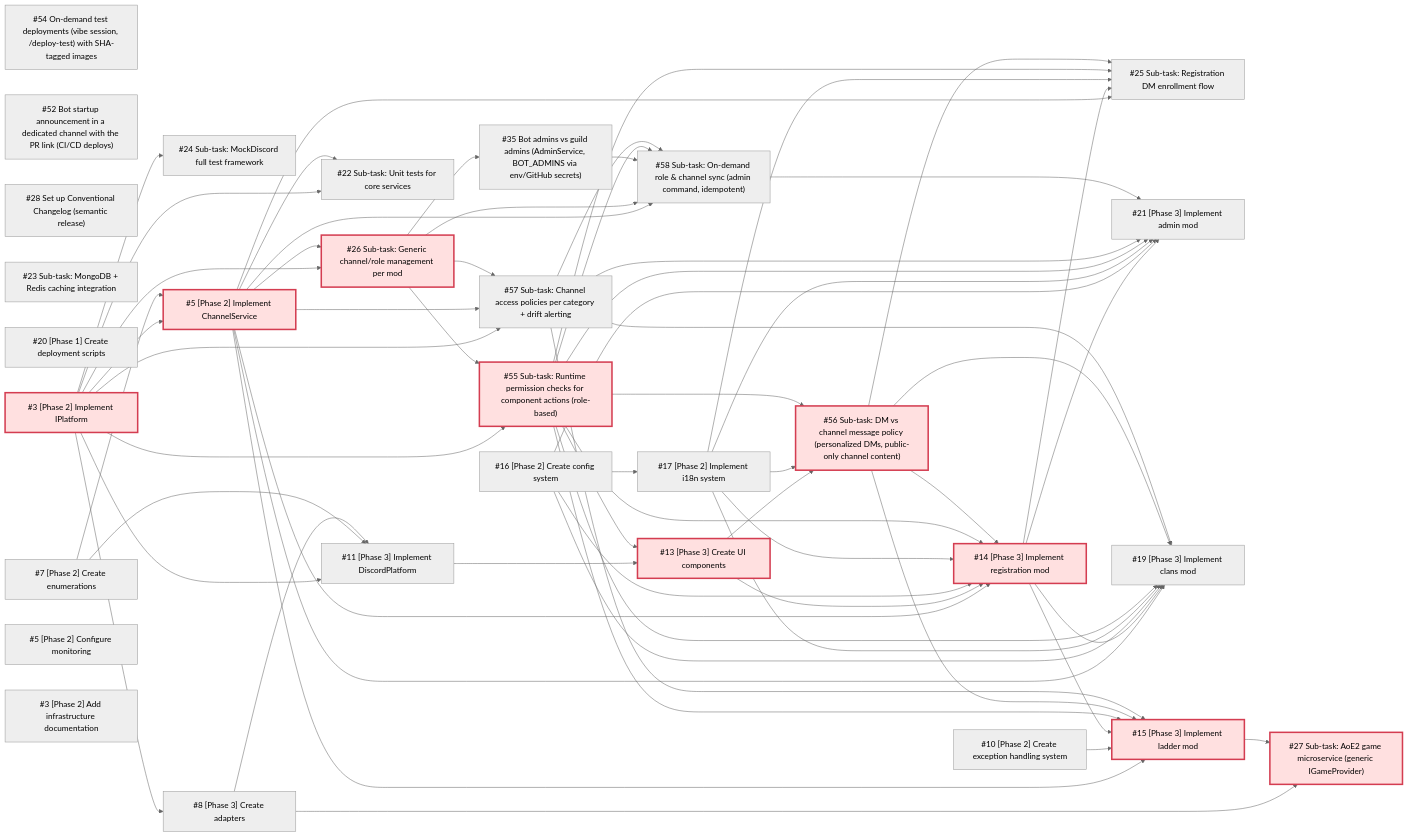
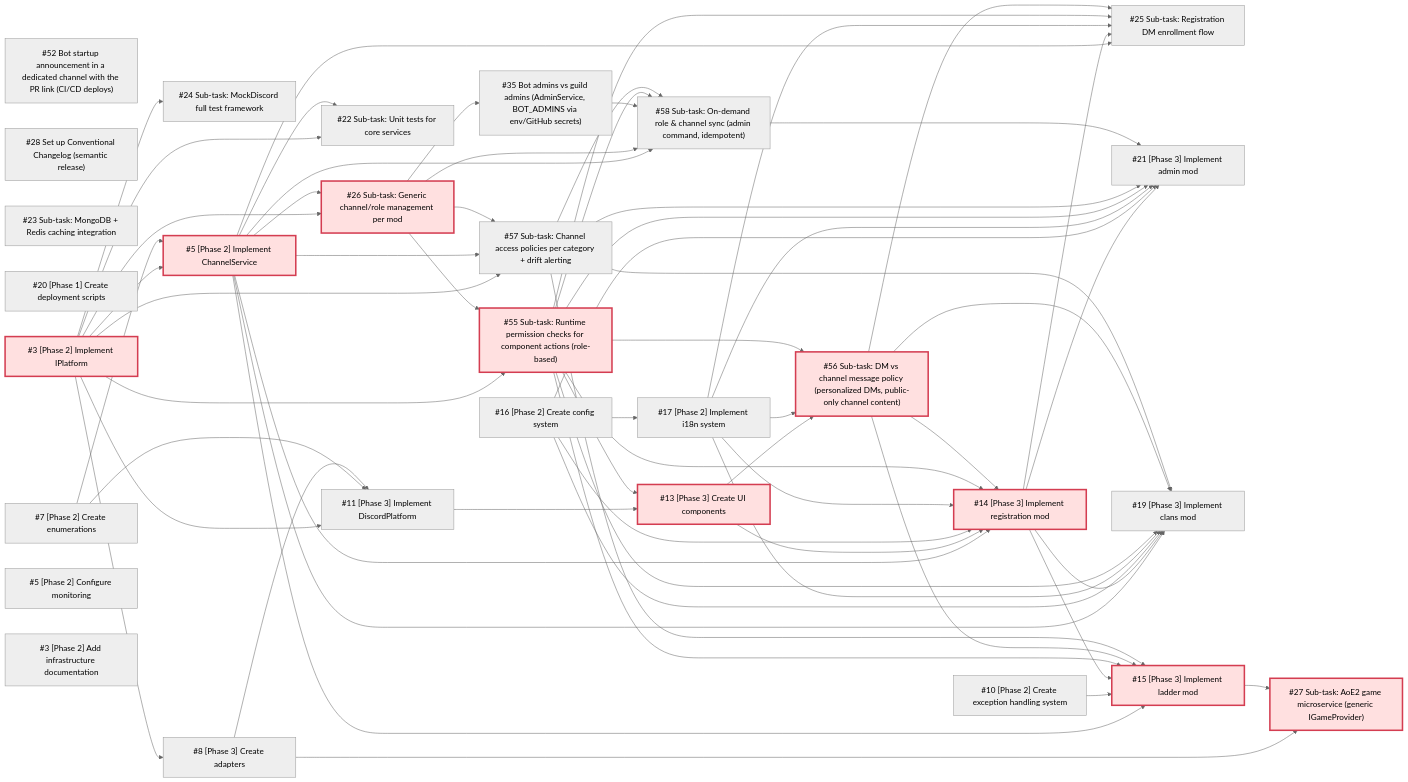
The diagram in docs/DEPENDENCIES.md (merlin-pinpin-org/kingdoms), drawn with Mermaid (neutral theme) before and after one commit. The commit also changed other lines of this file and 14 other files, not shown here.

```diff
--- a/docs/DEPENDENCIES.md
+++ b/docs/DEPENDENCIES.md
@@ -31,7 +31,6 @@
     ks_57["#57 Sub-task: Channel access policies per category + drift alerting"]
     ks_56["#56 Sub-task: DM vs channel message policy (personalized DMs, public-only channel content)"]
     ks_55["#55 Sub-task: Runtime permission checks for component actions (role-based)"]
-    ks_54["#54 On-demand test deployments (vibe session, /deploy-test) with SHA-tagged images"]
     ks_52["#52 Bot startup announcement in a dedicated channel with the PR link (CI/CD deploys)"]
     ks_35["#35 Bot admins vs guild admins (AdminService, BOT_ADMINS via env/GitHub secrets)"]
     ks_28["#28 Set up Conventional Changelog (semantic release)"]
```
